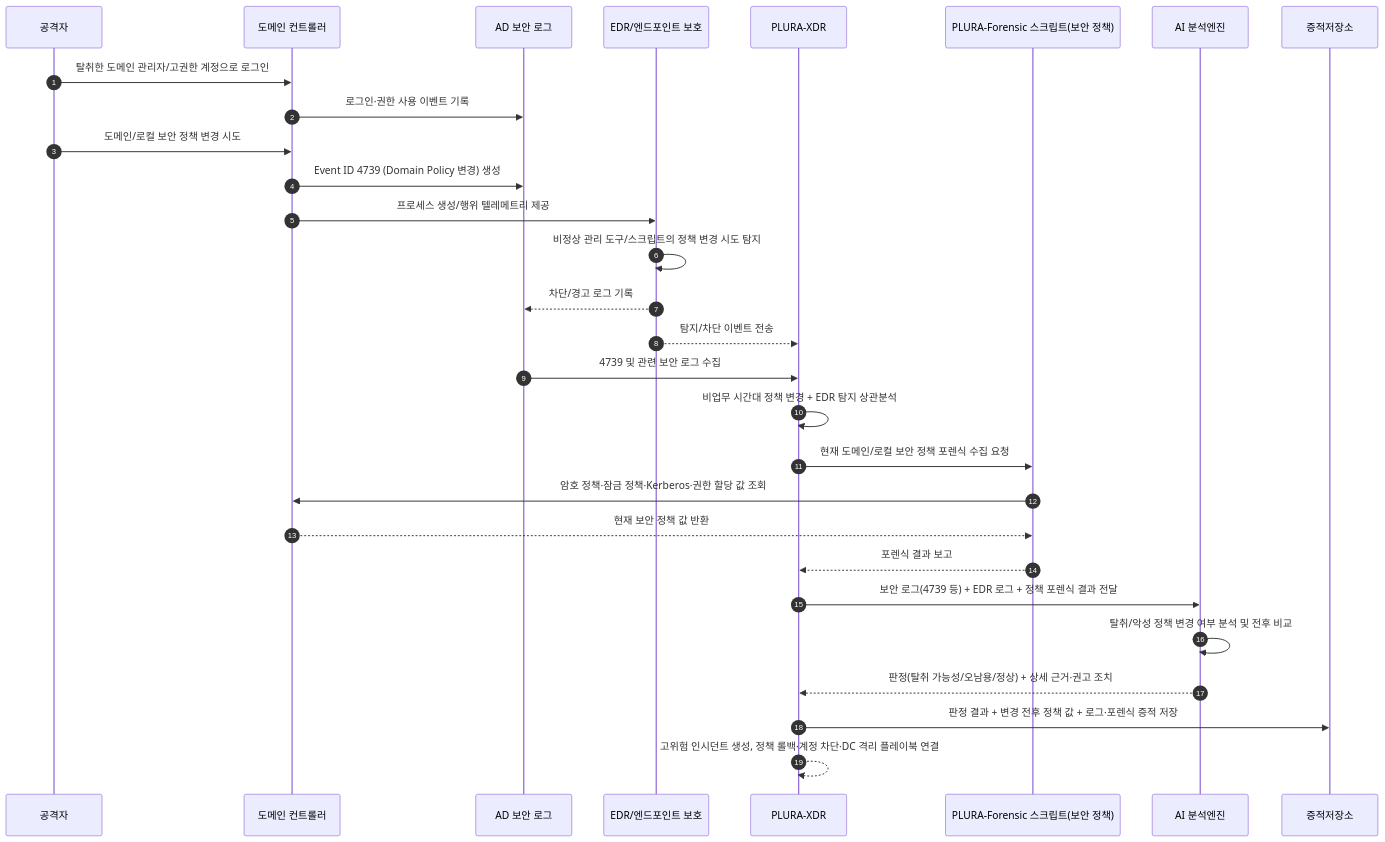
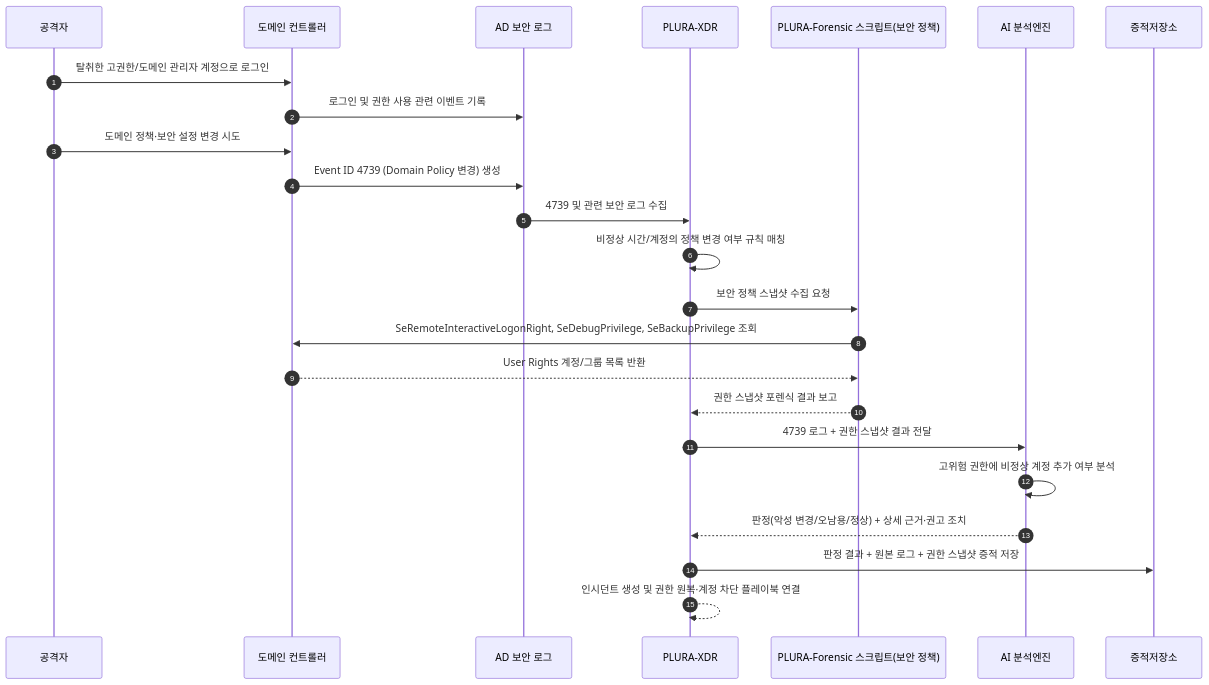
One commit to QubitSecurity/EDR changed the diagram in scenario/6-account.md. Above: the diagram before and after it, drawn with Mermaid. The commit also changed other lines of this file, not shown here.

````diff
--- a/scenario/6-account.md
+++ b/scenario/6-account.md
@@ -76,38 +69,32 @@
 ```mermaid
 sequenceDiagram
     autonumber
     participant Attacker as 공격자
     participant DC as 도메인 컨트롤러
     participant EventLog as AD 보안 로그
-    participant EDR as EDR/엔드포인트 보호
     participant XDR as PLURA-XDR
     participant Forensic as PLURA-Forensic 스크립트(보안 정책)
     participant AI as AI 분석엔진
     participant DB as 증적저장소
 
-    Attacker ->> DC: 탈취한 도메인 관리자/고권한 계정으로 로그인
-    DC ->> EventLog: 로그인·권한 사용 이벤트 기록
+    Attacker ->> DC: 탈취한 고권한/도메인 관리자 계정으로 로그인
+    DC ->> EventLog: 로그인 및 권한 사용 관련 이벤트 기록
 
-    Attacker ->> DC: 도메인/로컬 보안 정책 변경 시도
+    Attacker ->> DC: 도메인 정책·보안 설정 변경 시도
     DC ->> EventLog: Event ID 4739 (Domain Policy 변경) 생성
-    DC ->> EDR: 프로세스 생성/행위 텔레메트리 제공
-
-    EDR ->> EDR: 비정상 관리 도구/스크립트의 정책 변경 시도 탐지
-    EDR -->> EventLog: 차단/경고 로그 기록
-    EDR -->> XDR: 탐지/차단 이벤트 전송
 
     EventLog ->> XDR: 4739 및 관련 보안 로그 수집
-    XDR ->> XDR: 비업무 시간대 정책 변경 + EDR 탐지 상관분석
+    XDR ->> XDR: 비정상 시간/계정의 정책 변경 여부 규칙 매칭
 
-    XDR ->> Forensic: 현재 도메인/로컬 보안 정책 포렌식 수집 요청
-    Forensic ->> DC: 암호 정책·잠금 정책·Kerberos·권한 할당 값 조회
-    DC -->> Forensic: 현재 보안 정책 값 반환
-    Forensic -->> XDR: 포렌식 결과 보고
+    XDR ->> Forensic: 보안 정책 스냅샷 수집 요청
+    Forensic ->> DC: SeRemoteInteractiveLogonRight, SeDebugPrivilege, SeBackupPrivilege 조회
+    DC -->> Forensic: User Rights 계정/그룹 목록 반환
+    Forensic -->> XDR: 권한 스냅샷 포렌식 결과 보고
 
-    XDR ->> AI: 보안 로그(4739 등) + EDR 로그 + 정책 포렌식 결과 전달
-    AI ->> AI: 탈취/악성 정책 변경 여부 분석 및 전후 비교
-    AI -->> XDR: 판정(탈취 가능성/오남용/정상) + 상세 근거·권고 조치
+    XDR ->> AI: 4739 로그 + 권한 스냅샷 결과 전달
+    AI ->> AI: 고위험 권한에 비정상 계정 추가 여부 분석
+    AI -->> XDR: 판정(악성 변경/오남용/정상) + 상세 근거·권고 조치
 
-    XDR ->> DB: 판정 결과 + 변경 전후 정책 값 + 로그·포렌식 증적 저장
-    XDR -->> XDR: 고위험 인시던트 생성, 정책 롤백·계정 차단·DC 격리 플레이북 연결
+    XDR ->> DB: 판정 결과 + 원본 로그 + 권한 스냅샷 증적 저장
+    XDR -->> XDR: 인시던트 생성 및 권한 원복·계정 차단 플레이북 연결
 ```
````
